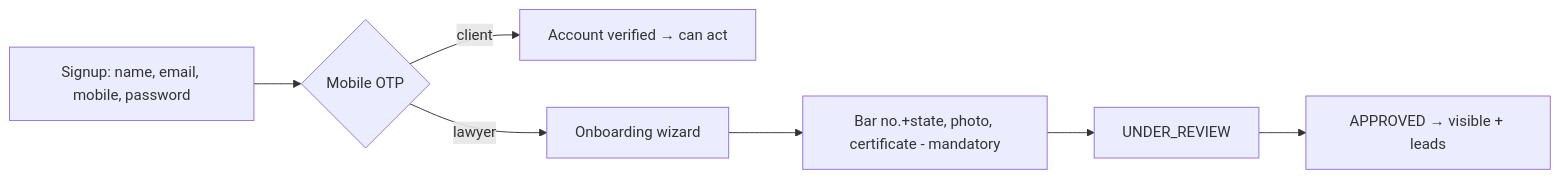
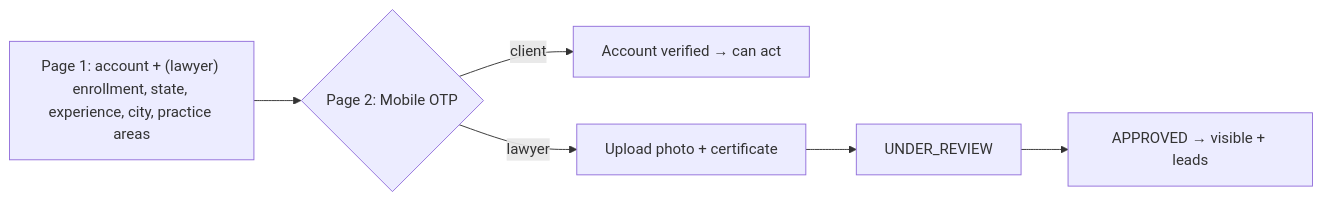
The diagram in docs/02-business-rules.md (manimarangr/lawmitran-new-bck), drawn with Mermaid before and after one commit. The commit also changed other lines of this file and 76 other files, not shown here.

````diff
--- a/docs/02-business-rules.md
+++ b/docs/02-business-rules.md
@@ -26,8 +33,7 @@
 ```mermaid
 flowchart LR
-    S[Signup: name, email, mobile, password] --> O{Mobile OTP}
+    S["Page 1: account + (lawyer) enrollment, state, experience, city, practice areas"] --> O{"Page 2: Mobile OTP"}
     O -->|client| CV[Account verified → can act]
-    O -->|lawyer| LW[Onboarding wizard]
-    LW --> M[Bar no.+state, photo, certificate - mandatory]
-    M --> UR[UNDER_REVIEW] --> AP[APPROVED → visible + leads]
+    O -->|lawyer| UP[Upload photo + certificate]
+    UP --> UR[UNDER_REVIEW] --> AP[APPROVED → visible + leads]
 ```
````
